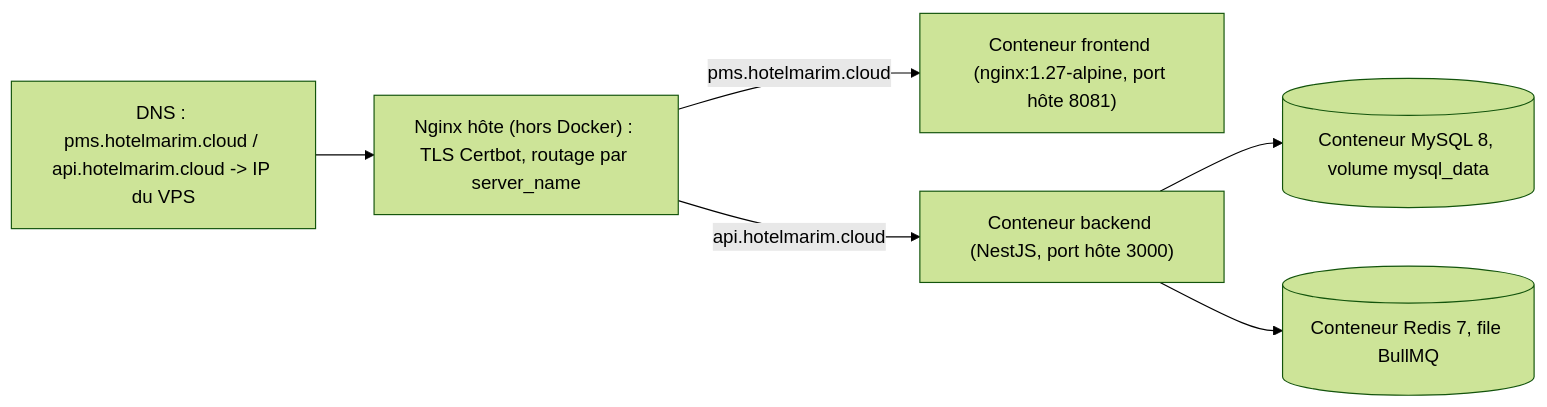
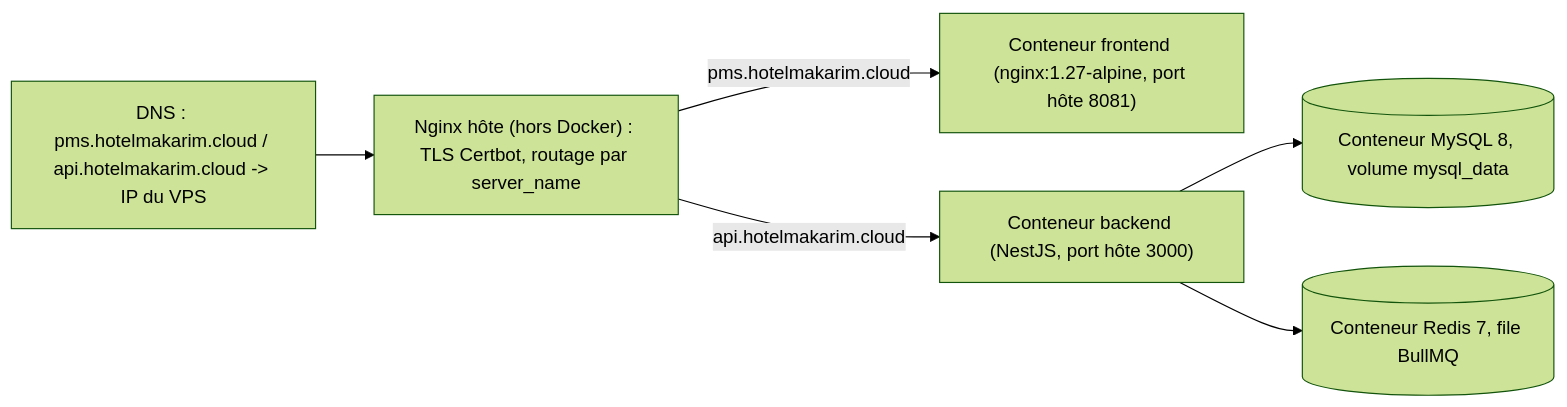
Before and after one commit to fasopost2965/MakarimPMS: the diagram in docs/operations/OPERATIONS_RUNBOOK.md, drawn with Mermaid (forest theme). The commit also changed other lines of this file and 6 other files, not shown here.

First line of the commit message:
fix(CH-058): corrige le domaine — hotelmakarim.cloud, pas hotelmarim.cloud

````diff
--- a/docs/operations/OPERATIONS_RUNBOOK.md
+++ b/docs/operations/OPERATIONS_RUNBOOK.md
@@ -21,8 +21,8 @@
 ```mermaid
 flowchart LR
-    DNS["DNS : pms.hotelmarim.cloud / api.hotelmarim.cloud -> IP du VPS"] --> NGX["Nginx hôte (hors Docker) : TLS Certbot, routage par server_name"]
-    NGX -->|"pms.hotelmarim.cloud"| FE["Conteneur frontend (nginx:1.27-alpine, port hôte 8081)"]
-    NGX -->|"api.hotelmarim.cloud"| BE["Conteneur backend (NestJS, port hôte 3000)"]
+    DNS["DNS : pms.hotelmakarim.cloud / api.hotelmakarim.cloud -> IP du VPS"] --> NGX["Nginx hôte (hors Docker) : TLS Certbot, routage par server_name"]
+    NGX -->|"pms.hotelmakarim.cloud"| FE["Conteneur frontend (nginx:1.27-alpine, port hôte 8081)"]
+    NGX -->|"api.hotelmakarim.cloud"| BE["Conteneur backend (NestJS, port hôte 3000)"]
     BE --> DB[("Conteneur MySQL 8, volume mysql_data")]
     BE --> Cache[("Conteneur Redis 7, file BullMQ")]
 ```
````
